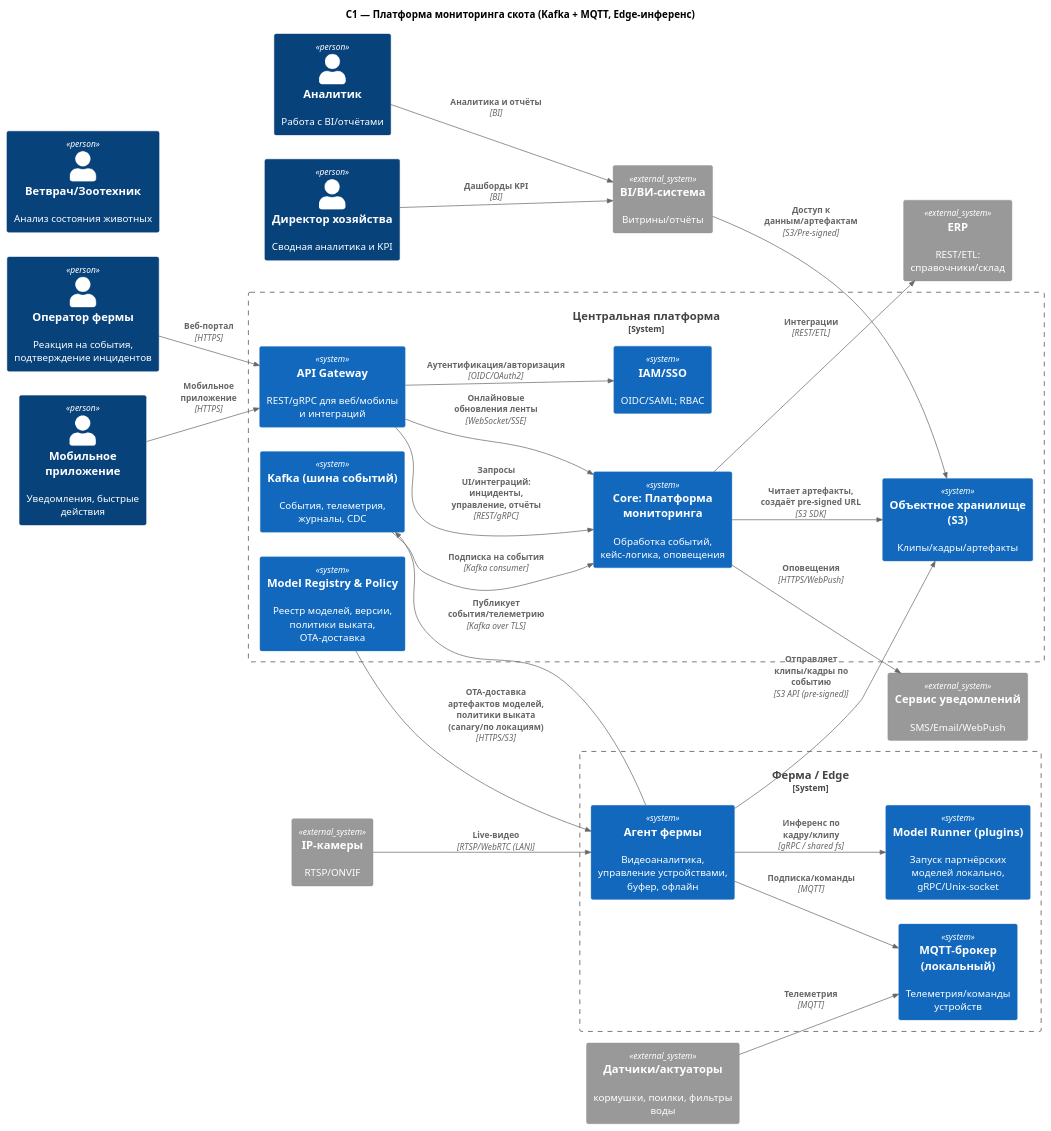
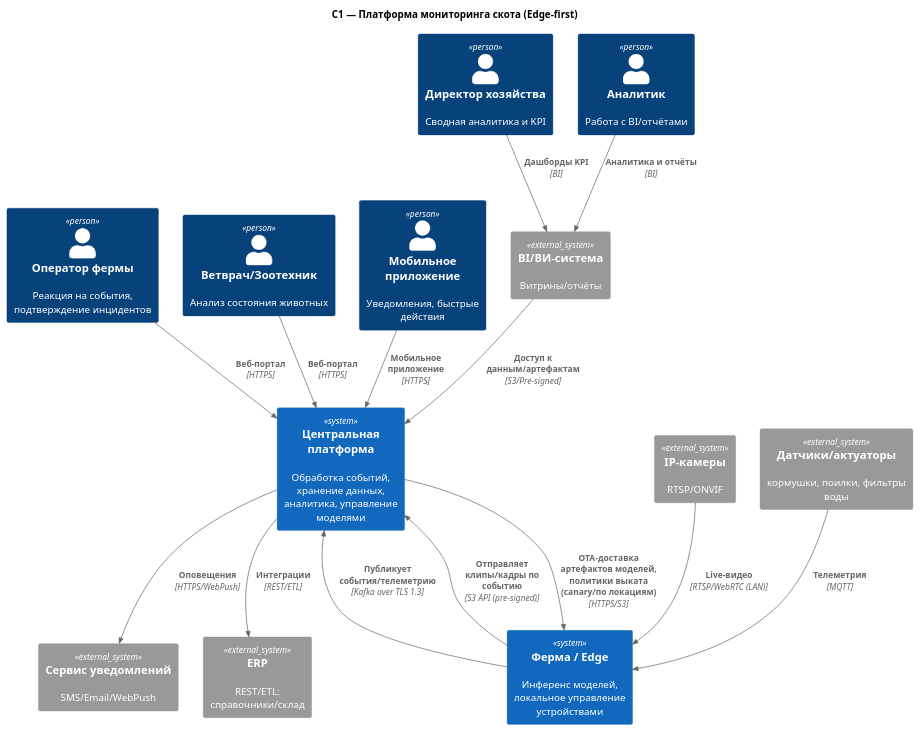
The diagram in Task1/C1-main.puml (G-NighT/MSA-AgroTech), drawn with PlantUML before and after one commit. The commit also changed 10 other files, not shown here.

```diff
--- a/Task1/C1-main.puml
+++ b/Task1/C1-main.puml
@@ -1,69 +1,50 @@
 @startuml C1-main
 
 !includeurl https://raw.githubusercontent.com/plantuml-stdlib/C4-PlantUML/master/C4_Context.puml
 
-left to right direction
+top to bottom direction
 
-title C1 — Платформа мониторинга скота (Kafka + MQTT, Edge-инференс)
+title C1 — Платформа мониторинга скота (Edge-first)
 
 ' Акторы
 Person(op, "Оператор фермы", "Реакция на события, подтверждение инцидентов")
 Person(vet, "Ветврач/Зоотехник", "Анализ состояния животных")
 Person(dir, "Директор хозяйства", "Сводная аналитика и KPI")
 Person(analyst, "Аналитик", "Работа с BI/отчётами")
 Person(mobile, "Мобильное приложение", "Уведомления, быстрые действия")
 
+' Системы
+System(central, "Центральная платформа", "Обработка событий, хранение данных, аналитика, управление моделями")
+System(edge, "Ферма / Edge", "Инференс моделей, локальное управление устройствами")
+
 ' Внешние системы
 System_Ext(cam, "IP-камеры", "RTSP/ONVIF")
 System_Ext(sensors, "Датчики/актуаторы", "кормушки, поилки, фильтры воды")
 System_Ext(bi, "BI/ВИ-система", "Витрины/отчёты")
 System_Ext(erp, "ERP", "REST/ETL: справочники/склад")
 System_Ext(notif, "Сервис уведомлений", "SMS/Email/WebPush")
 
-' Ферма / Edge
-System_Boundary(edge, "Ферма / Edge") {
-  System(edgeAgent, "Агент фермы", "Видеоаналитика, управление устройствами, буфер, офлайн")
-  System(edgeRunner, "Model Runner (plugins)", "Запуск партнёрских моделей локально, gRPC/Unix-socket")
-  System(mqttLocal, "MQTT-брокер (локальный)", "Телеметрия/команды устройств")
-}
+' Связи внешних систем с Edge
+Rel(cam, edge, "Live-видео", "RTSP/WebRTC (LAN)")
+Rel(sensors, edge, "Телеметрия", "MQTT")
 
-' Связи внешних устройств с Edge
-Rel(cam, edgeAgent, "Live-видео", "RTSP/WebRTC (LAN)")
-Rel(sensors, mqttLocal, "Телеметрия", "MQTT")
-Rel(edgeAgent, mqttLocal, "Подписка/команды", "MQTT")
-Rel(edgeAgent, edgeRunner, "Инференс по кадру/клипу", "gRPC / shared fs")
+' Связи внешних систем с центральной платформой
+Rel(bi, central, "Доступ к данным/артефактам", "S3/Pre-signed")
+Rel(central, notif, "Оповещения", "HTTPS/WebPush")
+Rel(central, erp, "Интеграции", "REST/ETL")
 
-' Центральная платформа
-System_Boundary(central, "Центральная платформа") {
-  System(core, "Core: Платформа мониторинга", "Обработка событий, кейс-логика, оповещения")
-  System(kafka, "Kafka (шина событий)", "События, телеметрия, журналы, CDC")
-  System(object, "Объектное хранилище (S3)", "Клипы/кадры/артефакты")
-  System(auth, "IAM/SSO", "OIDC/SAML; RBAC")
-  System(api, "API Gateway", "REST/gRPC для веб/мобилы и интеграций")
-  System(reg, "Model Registry & Policy", "Реестр моделей, версии, политики выката, OTA-доставка")
-}
+' Связи Edge с центральной платформой
+Rel(edge, central, "Публикует события/телеметрию", "Kafka over TLS 1.3")
+Rel(edge, central, "Отправляет клипы/кадры по событию", "S3 API (pre-signed)")
+Rel(central, edge, "OTA-доставка артефактов моделей,\nполитики выката (canary/по локациям)", "HTTPS/S3")
 
-' Связи Edge с Центром
-Rel(edgeAgent, kafka, "Публикует события/телеметрию", "Kafka over TLS")
-Rel(kafka, core, "Подписка на события", "Kafka consumer")
-Rel(edgeAgent, object, "Отправляет клипы/кадры по событию", "S3 API (pre-signed)")
+' Связи акторов с центральной платформой
+Rel(op, central, "Веб-портал", "HTTPS")
+Rel(vet, central, "Веб-портал", "HTTPS")
+Rel(mobile, central, "Мобильное приложение", "HTTPS")
 
-' API Gateway связи
-Rel(op, api, "Веб-портал", "HTTPS")
-Rel(mobile, api, "Мобильное приложение", "HTTPS")
-Rel(api, auth, "Аутентификация/авторизация", "OIDC/OAuth2")
-Rel(api, core, "Запросы UI/интеграций: инциденты, управление, отчёты", "REST/gRPC")
-Rel(api, core, "Онлайновые обновления ленты", "WebSocket/SSE")
-
-' Core с внешними системами/хранилищем
-Rel(core, object, "Читает артефакты, создаёт pre-signed URL", "S3 SDK")
-Rel(core, notif, "Оповещения", "HTTPS/WebPush")
-Rel(core, erp, "Интеграции", "REST/ETL")
+' Связи акторов с внешними системами
 Rel(analyst, bi, "Аналитика и отчёты", "BI")
-Rel(bi, object, "Доступ к данным/артефактам", "S3/Pre-signed")
 Rel(dir, bi, "Дашборды KPI", "BI")
 
-' Доставка моделей/конфигов
-Rel(reg, edgeAgent, "OTA-доставка артефактов моделей,\nполитики выката (canary/по локациям)", "HTTPS/S3")
-
 @enduml
```
